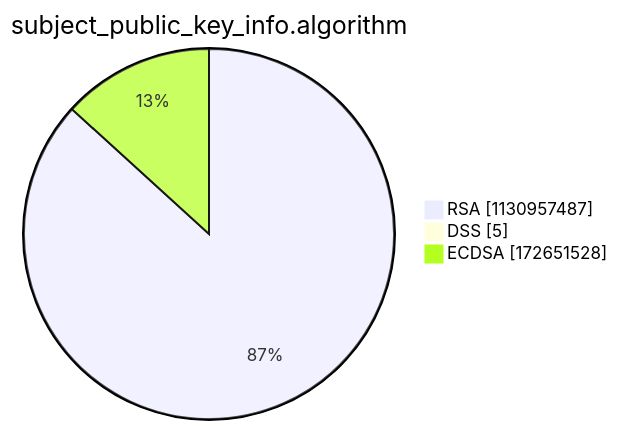
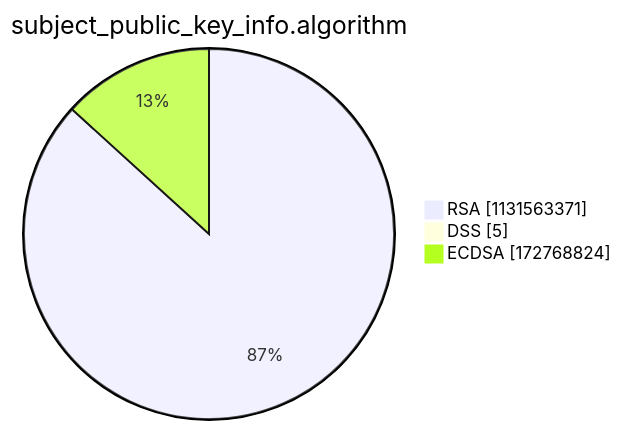
The third of 15 diagrams in argon2022/README.md (christiankrug/ctmonitor_visualization), drawn with Mermaid before and after one commit. The commit also changed other lines of this file, not shown here.

````diff
--- a/argon2022/README.md
+++ b/argon2022/README.md
@@ -14,7 +14,7 @@
 ```mermaid
 pie showData
 title subject_public_key_info.algorithm
-"RSA" :1130957487
+"RSA" :1131563371
 "DSS" :5
-"ECDSA" :172651528
+"ECDSA" :172768824
 ```
````
